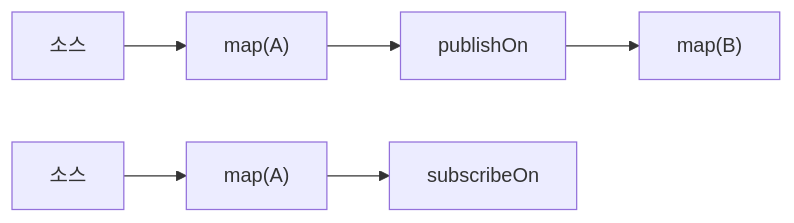
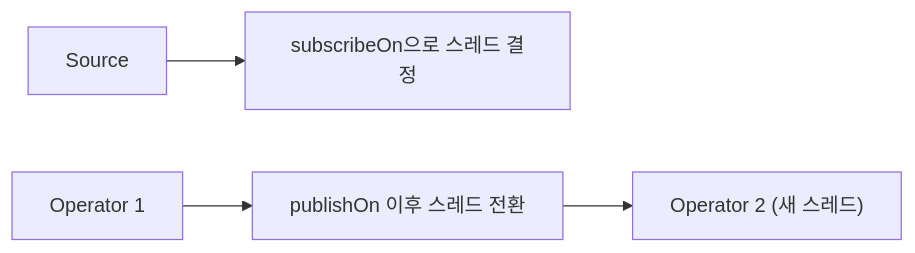
Before and after one commit to yjkim2015/yjkim2015.github.io: the fifth of 6 diagrams in _posts/spring/2026-05-01-spring-webflux.md, drawn with Mermaid. The commit also changed other lines of this file and 4 other files, not shown here.

````diff
--- a/_posts/spring/2026-05-01-spring-webflux.md
+++ b/_posts/spring/2026-05-01-spring-webflux.md
@@ -434,8 +356,6 @@
 ```mermaid
 graph LR
-    PA["소스"] --> PB["map(A)"]
-    PB --> PC["publishOn"]
-    PC --> PD["map(B)"]
-    SA["소스"] --> SB["map(A)"]
-    SB --> SD["subscribeOn"]
+    SRC["Source"] --> SUB["subscribeOn으로 스레드 결정"]
+    OP1["Operator 1"] --> PUB["publishOn 이후 스레드 전환"]
+    PUB --> OP2["Operator 2 (새 스레드)"]
 ```
````
